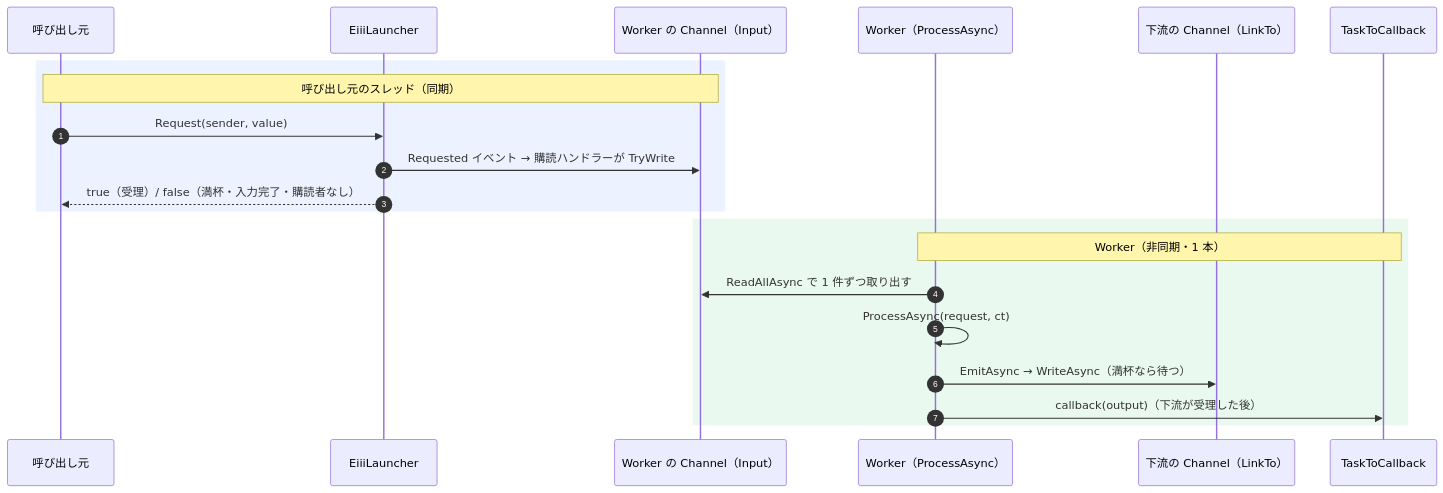
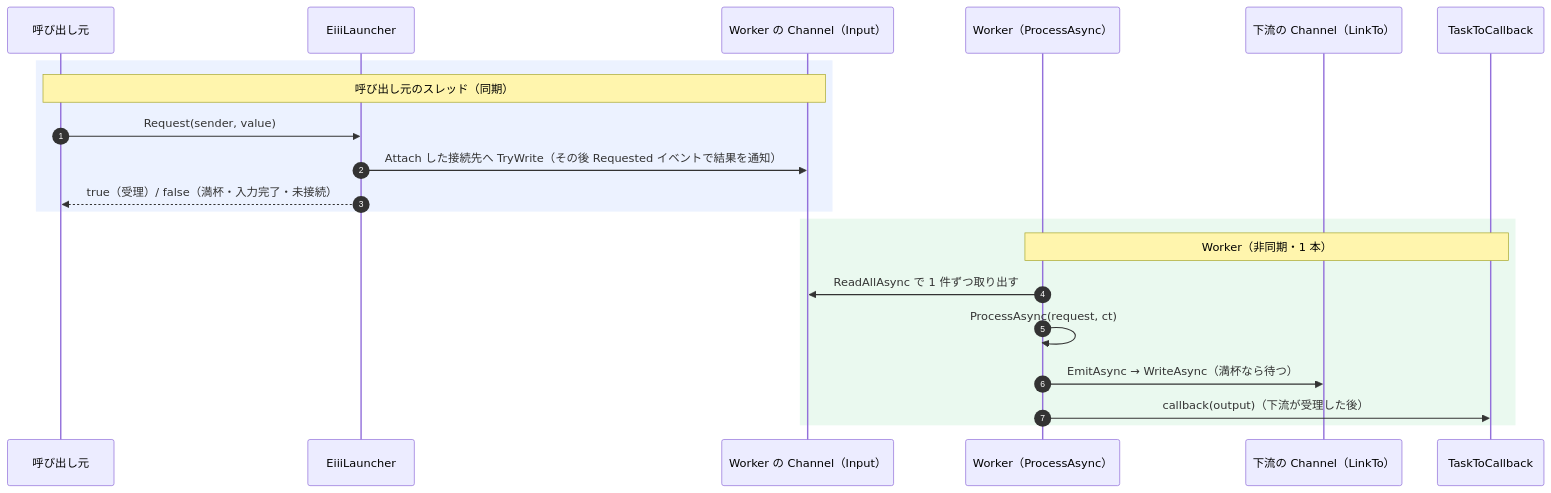
The diagram in README.md (shirothin/EventImplementedInduceInterface), drawn with Mermaid before and after one commit. The commit also changed other lines of this file and 8 other files, not shown here.

````diff
--- a/README.md
+++ b/README.md
@@ -58,25 +58,25 @@
 ```mermaid
 sequenceDiagram
     autonumber
     participant C as 呼び出し元
     participant L as EiiiLauncher
     participant Q as Worker の Channel（Input）
     participant W as Worker（ProcessAsync）
     participant D as 下流の Channel（LinkTo）
     participant CB as TaskToCallback
 
     rect rgba(100,150,255,0.12)
     Note over C,Q: 呼び出し元のスレッド（同期）
     C->>L: Request(sender, value)
-    L->>Q: Requested イベント → 購読ハンドラーが TryWrite
-    L-->>C: true（受理）/ false（満杯・入力完了・購読者なし）
+    L->>Q: Attach した接続先へ TryWrite（その後 Requested イベントで結果を通知）
+    L-->>C: true（受理）/ false（満杯・入力完了・未接続）
     end
 
     rect rgba(80,200,120,0.12)
     Note over W,CB: Worker（非同期・1 本）
     W->>Q: ReadAllAsync で 1 件ずつ取り出す
     W->>W: ProcessAsync(request, ct)
     W->>D: EmitAsync → WriteAsync（満杯なら待つ）
     W->>CB: callback(output)（下流が受理した後）
     end
 ```
````
